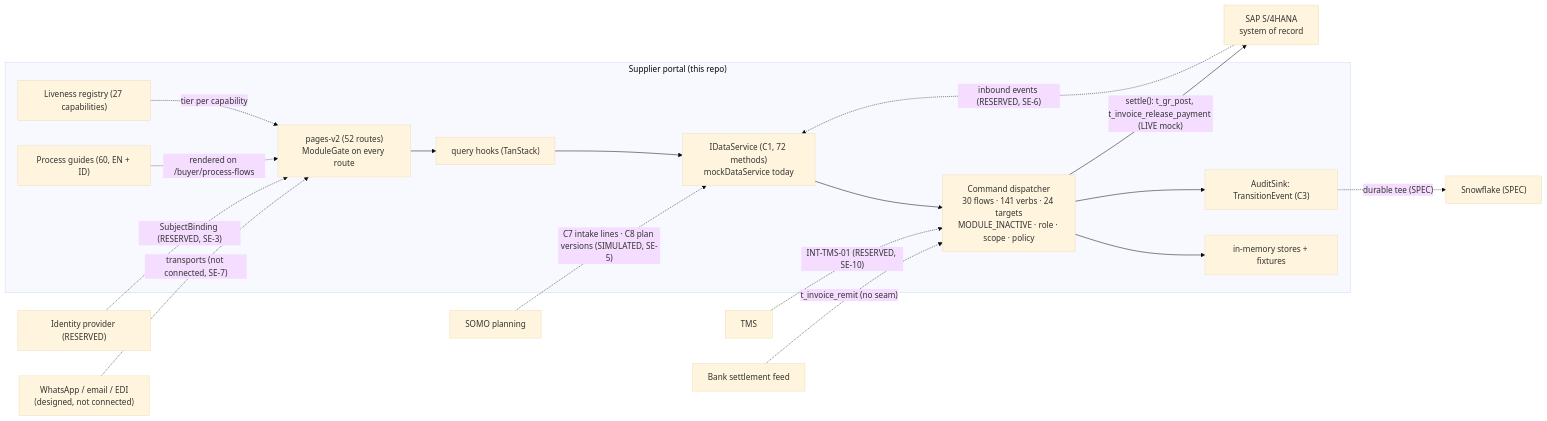
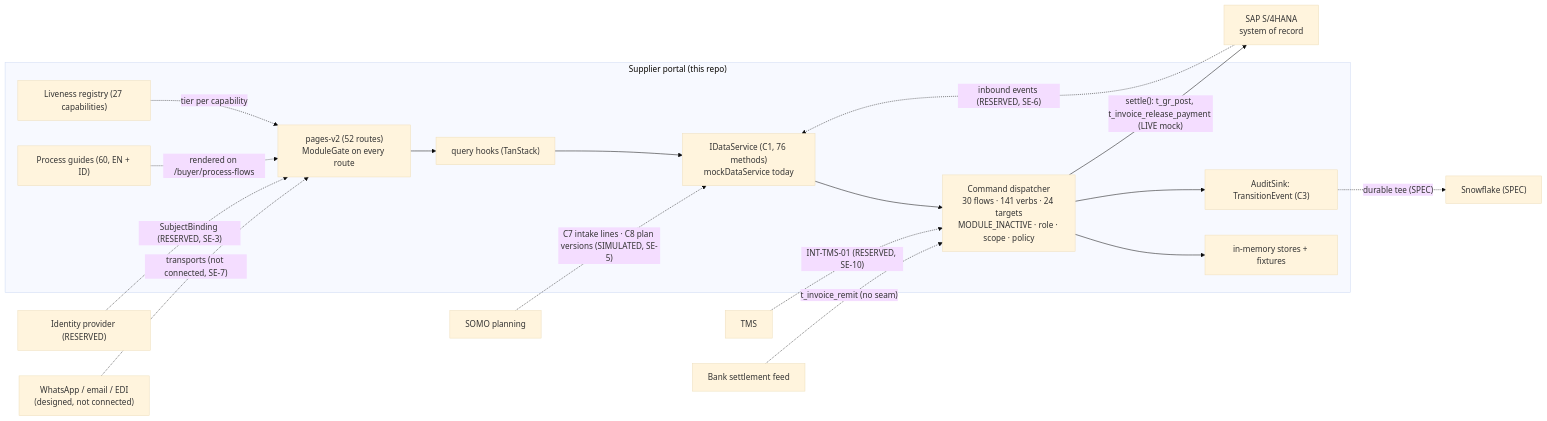
Before and after one commit to jcalderabarboza-star/paragon-supplier-portal: the diagram in docs/handover/D3_ARCHITECTURE.md, drawn with Mermaid (base theme). The commit also changed 40 other files, not shown here.

````diff
--- a/docs/handover/D3_ARCHITECTURE.md
+++ b/docs/handover/D3_ARCHITECTURE.md
@@ -26,34 +26,34 @@
 ```mermaid
 flowchart LR
   subgraph Portal["Supplier portal (this repo)"]
     UI["pages-v2 (52 routes)\nModuleGate on every route"]
     Q["query hooks (TanStack)"]
-    DS["IDataService (C1, 72 methods)\nmockDataService today"]
+    DS["IDataService (C1, 76 methods)\nmockDataService today"]
     CMD["Command dispatcher\n30 flows · 141 verbs · 24 targets\nMODULE_INACTIVE · role · scope · policy"]
     ST["in-memory stores + fixtures"]
     EV["AuditSink: TransitionEvent (C3)"]
     LR["Liveness registry (27 capabilities)"]
     GD["Process guides (60, EN + ID)"]
     UI --> Q --> DS --> CMD --> ST
     CMD --> EV
     LR -. tier per capability .-> UI
     GD -. rendered on /buyer/process-flows .-> UI
   end
 
   S4["SAP S/4HANA\nsystem of record"]
   SOMO["SOMO planning"]
   TMS["TMS"]
   SNOW["Snowflake (SPEC)"]
   IDP["Identity provider (RESERVED)"]
   MSG["WhatsApp / email / EDI\n(designed, not connected)"]
   BANK["Bank settlement feed"]
 
   CMD -- "settle(): t_gr_post, t_invoice_release_payment (LIVE mock)" --> S4
   S4 -. "inbound events (RESERVED, SE-6)" .-> DS
   SOMO -. "C7 intake lines · C8 plan versions (SIMULATED, SE-5)" .-> DS
   TMS -. "INT-TMS-01 (RESERVED, SE-10)" .-> CMD
   EV -. "durable tee (SPEC)" .-> SNOW
   IDP -. "SubjectBinding (RESERVED, SE-3)" .-> UI
   MSG -. "transports (not connected, SE-7)" .-> UI
   BANK -. "t_invoice_remit (no seam)" .-> CMD
 ```
````
